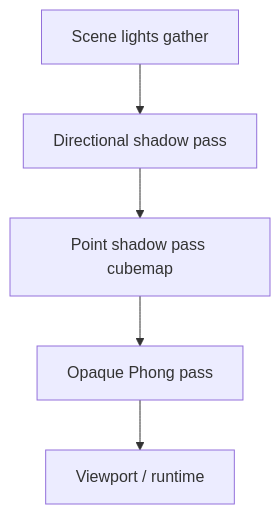
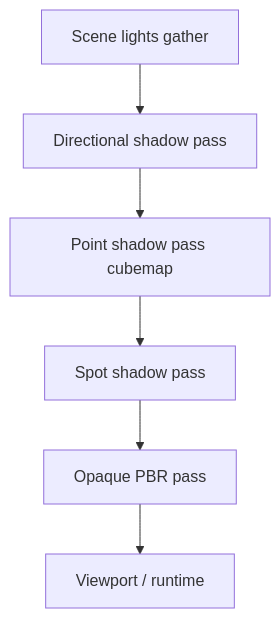
One commit to LyeZinho/caffeine-website changed the diagram in content/en/docs/rendering/shadow-mapping.md. Above: the diagram before and after it, drawn with Mermaid. The commit also changed other lines of this file and 476 other files, not shown here.

````diff
--- a/content/en/docs/rendering/shadow-mapping.md
+++ b/content/en/docs/rendering/shadow-mapping.md
@@ -14,7 +24,8 @@
 ```mermaid
 flowchart TD
     L[Scene lights gather] --> D[Directional shadow pass]
     D --> P[Point shadow pass cubemap]
-    P --> O[Opaque Phong pass]
+    P --> S[Spot shadow pass]
+    S --> O[Opaque PBR pass]
     O --> V[Viewport / runtime]
 ```
````
